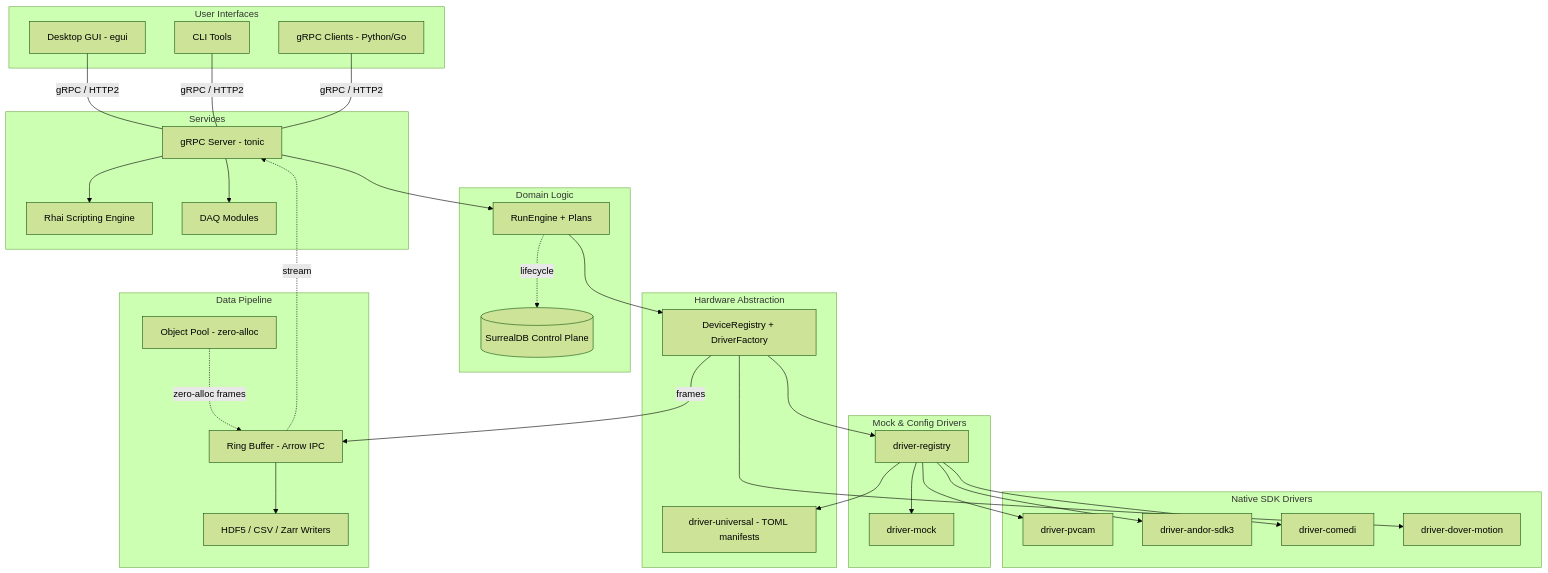
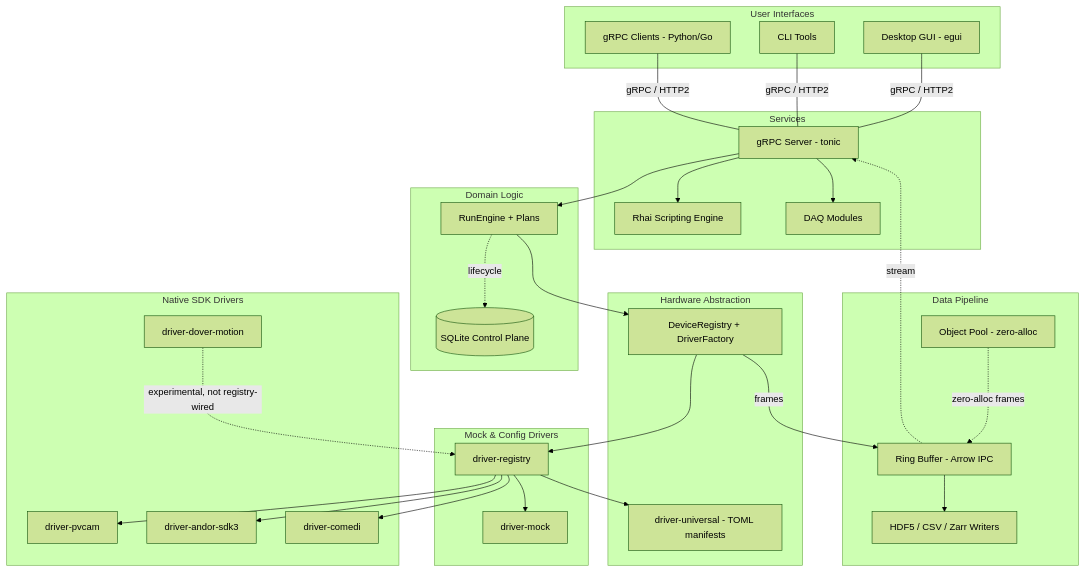
Before and after one commit to easternanemone/rudaq: the diagram in README.md, drawn with Mermaid (forest theme). The commit also changed other lines of this file and 82 other files, not shown here.

````diff
--- a/README.md
+++ b/README.md
@@ -47,62 +47,62 @@
 ```mermaid
 graph TD
     subgraph "User Interfaces"
         GUI[Desktop GUI - egui]
         CLI[CLI Tools]
         GRPC_CLIENT[gRPC Clients - Python/Go]
     end
 
     subgraph "Services"
         SERVER[gRPC Server - tonic]
         SCRIPT[Rhai Scripting Engine]
         MODULES[DAQ Modules]
     end
 
     subgraph "Domain Logic"
         ENGINE[RunEngine + Plans]
-        DB[(SurrealDB Control Plane)]
+        DB[(SQLite Control Plane)]
     end
 
     subgraph "Hardware Abstraction"
         HAL[DeviceRegistry + DriverFactory]
         UNIVERSAL[driver-universal - TOML manifests]
     end
 
     subgraph "Native SDK Drivers"
         PVCAM[driver-pvcam]
         ANDOR[driver-andor-sdk3]
         COMEDI[driver-comedi]
         DOVER[driver-dover-motion]
     end
 
     subgraph "Mock & Config Drivers"
         MOCK[driver-mock]
         REGISTRY[driver-registry]
     end
 
     subgraph "Data Pipeline"
         RING[Ring Buffer - Arrow IPC]
         STORAGE[HDF5 / CSV / Zarr Writers]
         POOL[Object Pool - zero-alloc]
     end
 
     GUI ---|gRPC / HTTP2| SERVER
     CLI ---|gRPC / HTTP2| SERVER
     GRPC_CLIENT ---|gRPC / HTTP2| SERVER
     SERVER --> SCRIPT
     SERVER --> MODULES
     SERVER --> ENGINE
     ENGINE --> HAL
     ENGINE -.->|lifecycle| DB
     HAL --> REGISTRY
     REGISTRY --> UNIVERSAL
     REGISTRY --> PVCAM
     REGISTRY --> ANDOR
     REGISTRY --> COMEDI
     REGISTRY --> MOCK
-    HAL --> DOVER
+    DOVER -.->|experimental, not registry-wired| REGISTRY
     HAL -->|frames| RING
     RING --> STORAGE
     RING -.->|stream| SERVER
     POOL -.->|zero-alloc frames| RING
 ```
````
